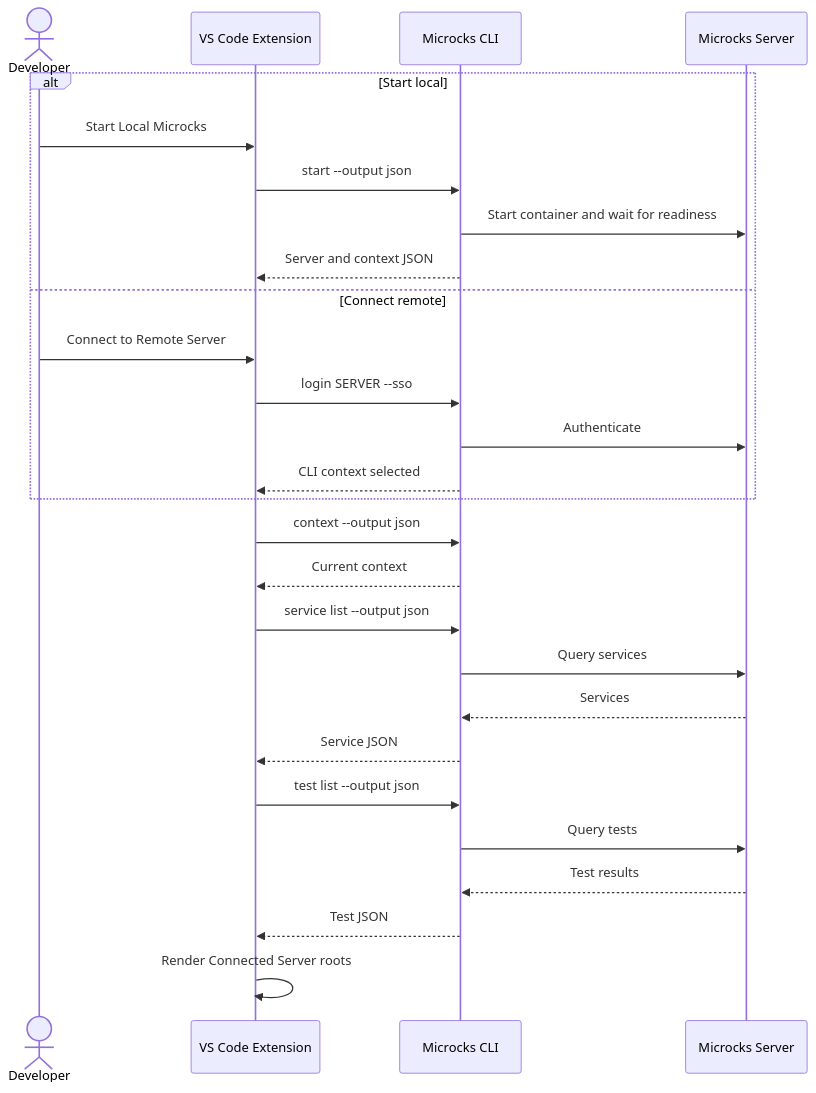
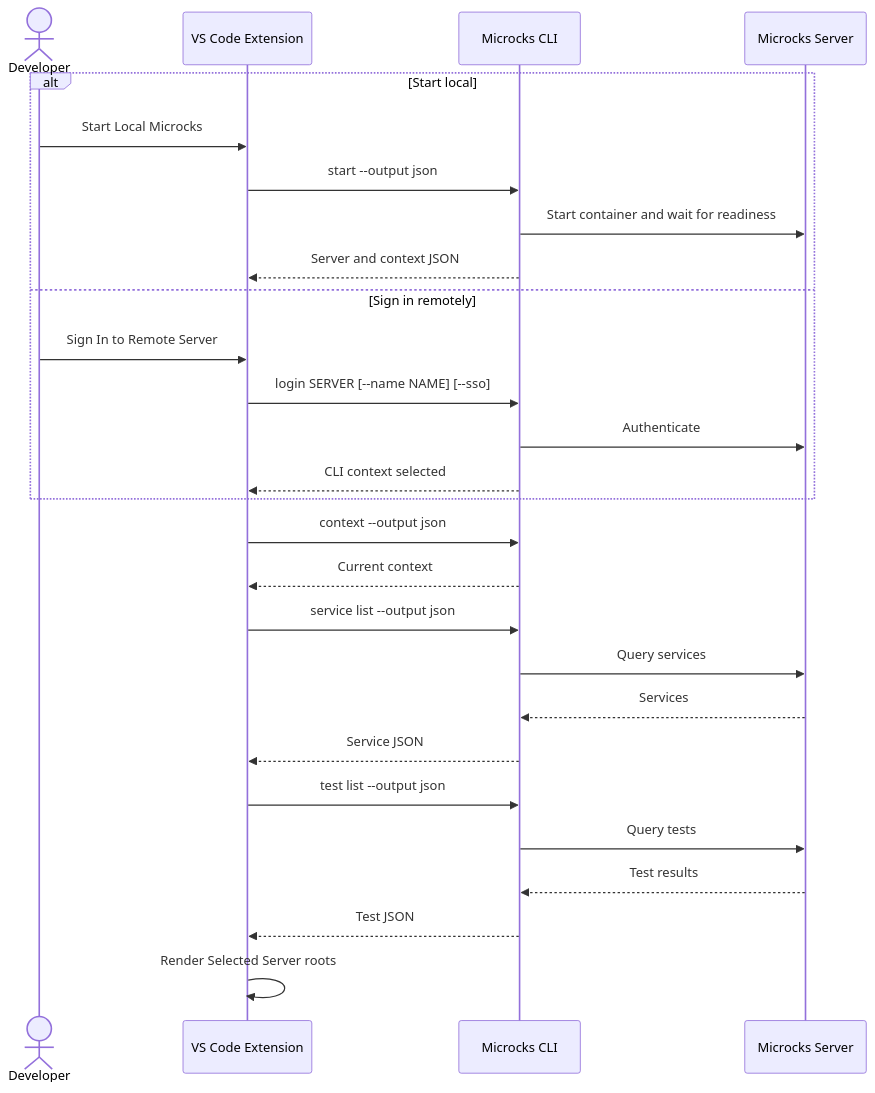
Before and after one commit to Caesarsage/microcks-vscode: the third of 4 diagrams in docs/architecture.md, drawn with Mermaid. The commit also changed other lines of this file and 27 other files, not shown here.

````diff
--- a/docs/architecture.md
+++ b/docs/architecture.md
@@ -205,34 +205,34 @@
 ```mermaid
 sequenceDiagram
     actor Developer
     participant VSCode as VS Code Extension
     participant CLI as Microcks CLI
     participant Server as Microcks Server
 
     alt Start local
         Developer->>VSCode: Start Local Microcks
         VSCode->>CLI: start --output json
         CLI->>Server: Start container and wait for readiness
         CLI-->>VSCode: Server and context JSON
-    else Connect remote
-        Developer->>VSCode: Connect to Remote Server
-        VSCode->>CLI: login SERVER --sso
+    else Sign in remotely
+        Developer->>VSCode: Sign In to Remote Server
+        VSCode->>CLI: login SERVER [--name NAME] [--sso]
         CLI->>Server: Authenticate
         CLI-->>VSCode: CLI context selected
     end
 
     VSCode->>CLI: context --output json
     CLI-->>VSCode: Current context
 
     VSCode->>CLI: service list --output json
     CLI->>Server: Query services
     Server-->>CLI: Services
     CLI-->>VSCode: Service JSON
 
     VSCode->>CLI: test list --output json
     CLI->>Server: Query tests
     Server-->>CLI: Test results
     CLI-->>VSCode: Test JSON
 
-    VSCode->>VSCode: Render Connected Server roots
+    VSCode->>VSCode: Render Selected Server roots
 ```
````
